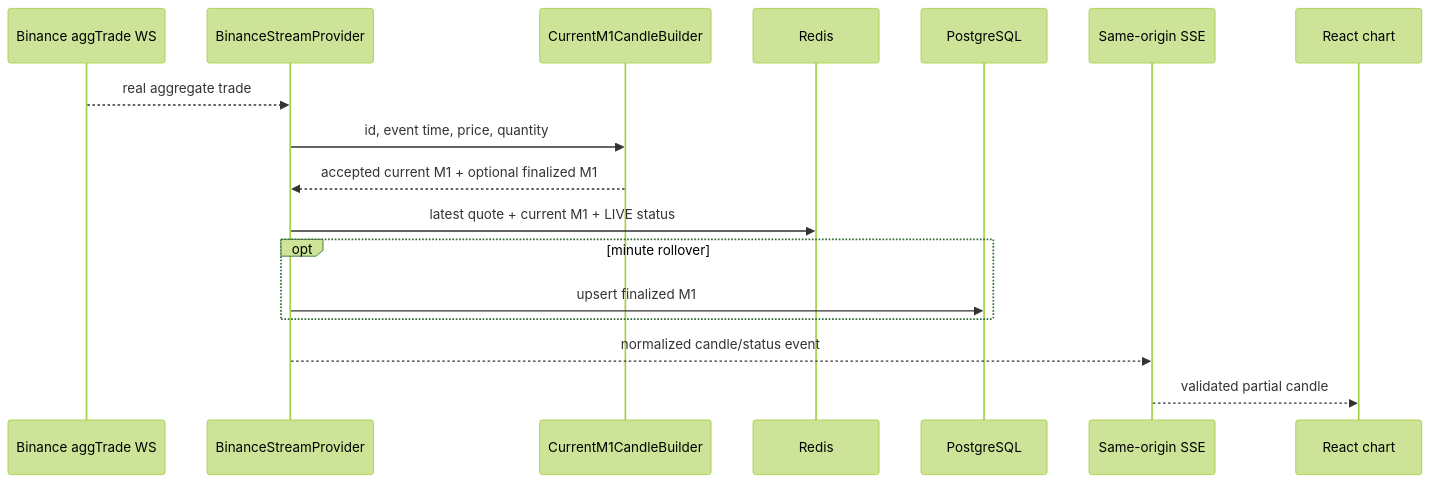
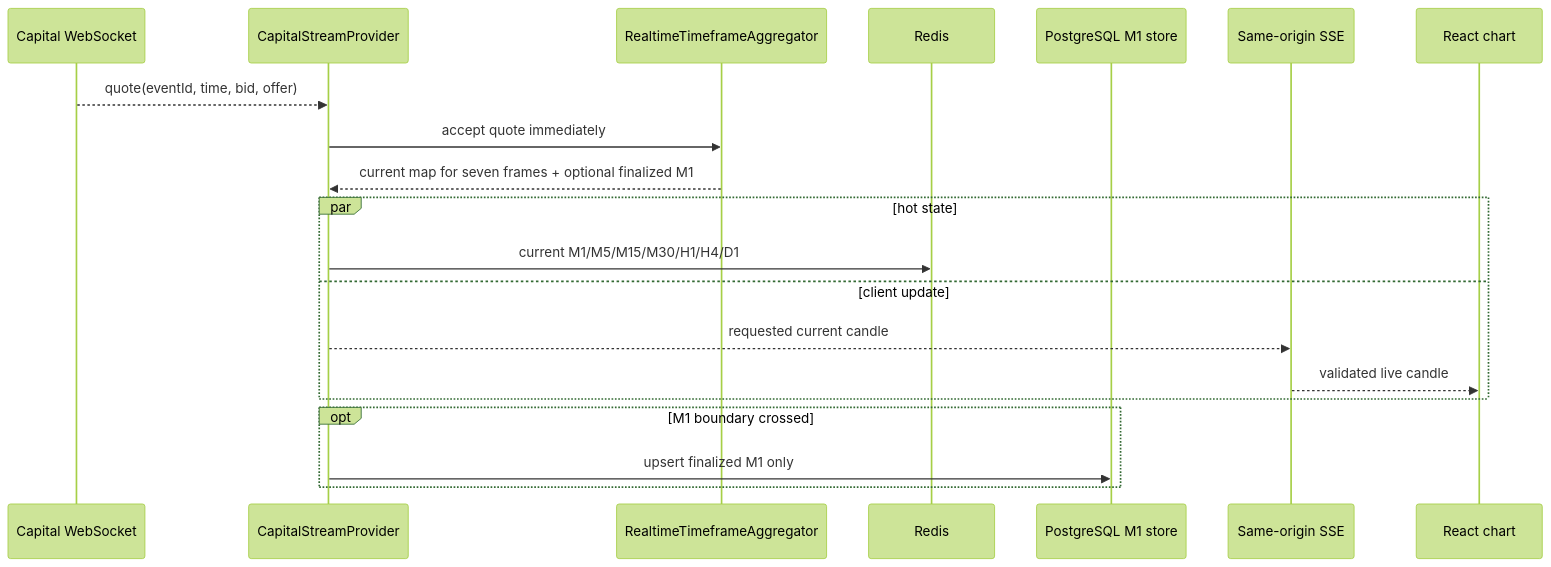
Before and after one commit to tranbaohoang10/AITrading: the second of 4 diagrams in specs/PB-049/design.md, drawn with Mermaid (forest theme). The commit also changed other lines of this file and 63 other files, not shown here.

First line of the commit message:
feat(market-data): tích hợp Capital.com và nến realtime đa khung

````diff
--- a/specs/PB-049/design.md
+++ b/specs/PB-049/design.md
@@ -31,19 +29,22 @@
 ```mermaid
 sequenceDiagram
-  participant BN as Binance aggTrade WS
-  participant S as BinanceStreamProvider
-  participant C as CurrentM1CandleBuilder
+  participant C as Capital WebSocket
+  participant S as CapitalStreamProvider
+  participant A as RealtimeTimeframeAggregator
   participant R as Redis
-  participant DB as PostgreSQL
+  participant DB as PostgreSQL M1 store
   participant SSE as Same-origin SSE
   participant UI as React chart
-  BN-->>S: real aggregate trade
-  S->>C: id, event time, price, quantity
-  C-->>S: accepted current M1 + optional finalized M1
-  S->>R: latest quote + current M1 + LIVE status
-  opt minute rollover
-    S->>DB: upsert finalized M1
+  C-->>S: quote(eventId, time, bid, offer)
+  S->>A: accept quote immediately
+  A-->>S: current map for seven frames + optional finalized M1
+  par hot state
+    S->>R: current M1/M5/M15/M30/H1/H4/D1
+  and client update
+    S-->>SSE: requested current candle
+    SSE-->>UI: validated live candle
   end
-  S-->>SSE: normalized candle/status event
-  SSE-->>UI: validated partial candle
+  opt M1 boundary crossed
+    S->>DB: upsert finalized M1 only
+  end
 ```
````
